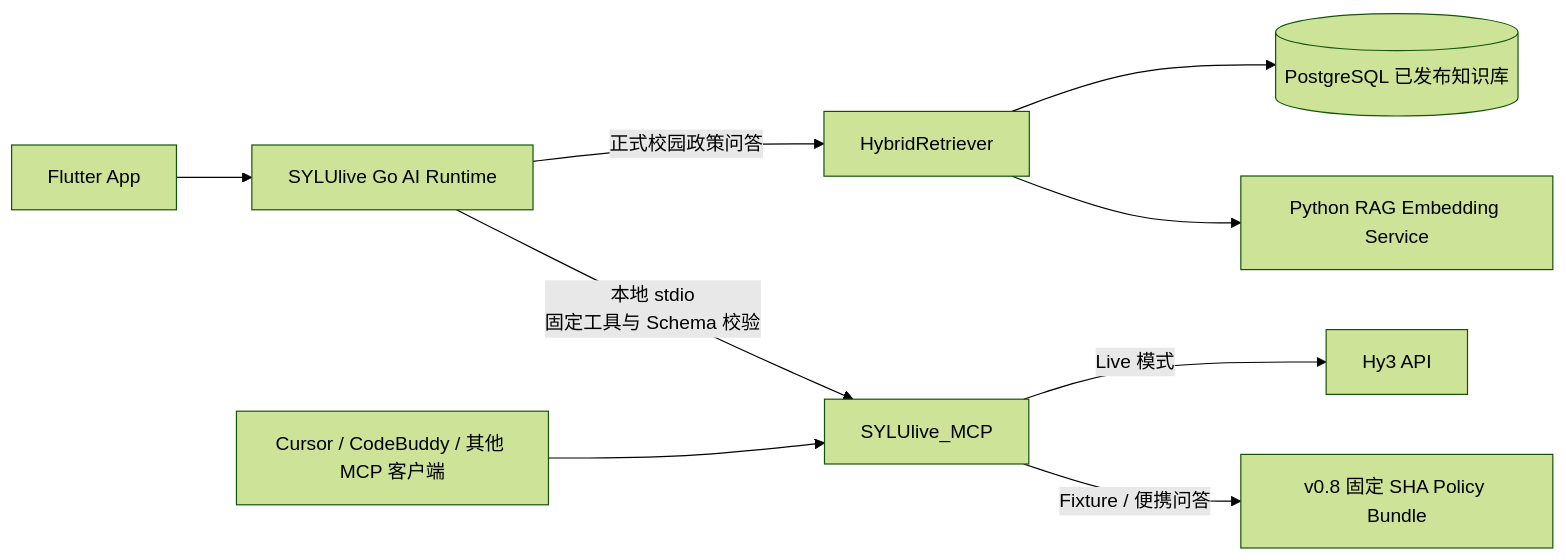
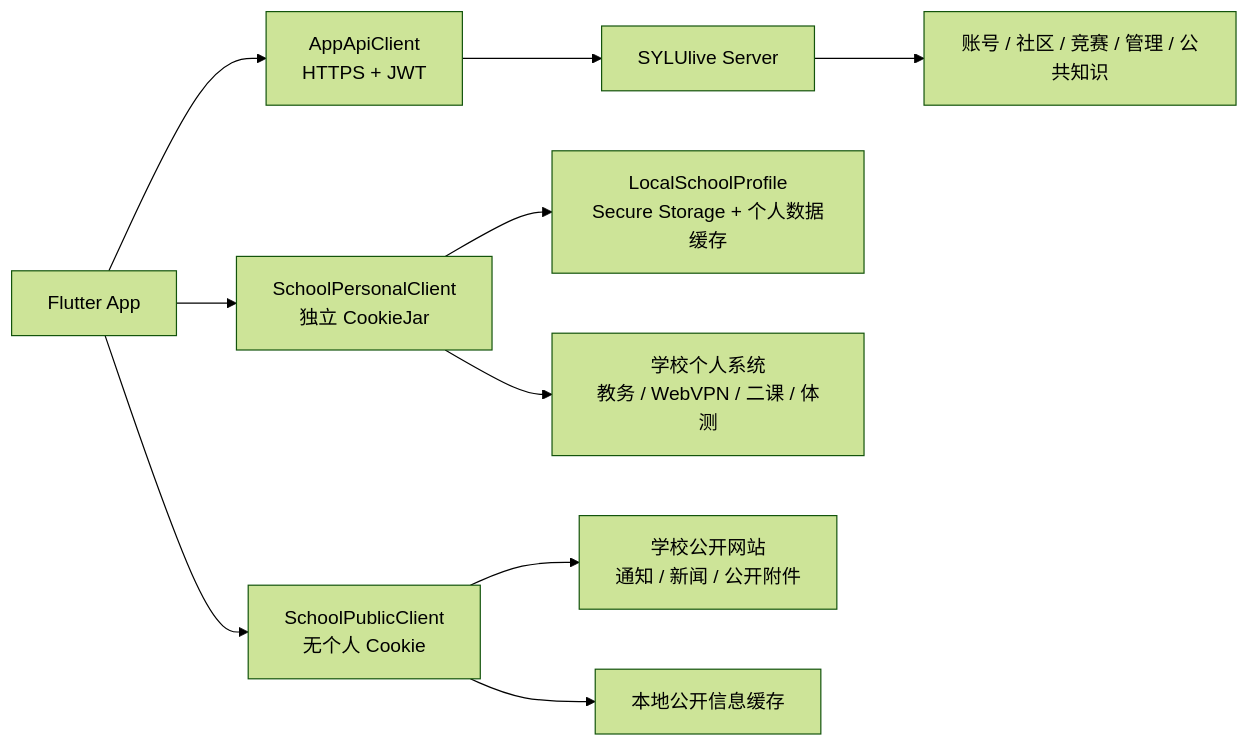
Before and after one commit to zhouwu97/SYLUlive: the diagram in README.md, drawn with Mermaid (forest theme). The commit also changed other lines of this file, not shown here.

````diff
--- a/README.md
+++ b/README.md
@@ -92,14 +121,20 @@
 ```mermaid
 flowchart LR
-    U[Flutter App] --> G[SYLUlive Go AI Runtime]
+    A[Flutter App]
+    S[SYLUlive Server]
+    AP[AppApiClient<br/>HTTPS + JWT]
+    P[SchoolPersonalClient<br/>独立 CookieJar]
+    U[SchoolPublicClient<br/>无个人 Cookie]
+    V[LocalSchoolProfile<br/>Secure Storage + 个人数据缓存]
+    PS[学校个人系统<br/>教务 / WebVPN / 二课 / 体测]
+    PB[学校公开网站<br/>通知 / 新闻 / 公开附件]
+    W[本地公开信息缓存]
+    K[账号 / 社区 / 竞赛 / 管理 / 公共知识]
 
-    G -->|正式校园政策问答| R[HybridRetriever]
-    R --> K[(PostgreSQL 已发布知识库)]
-    R --> E[Python RAG Embedding Service]
-
-    G -->|本地 stdio<br/>固定工具与 Schema 校验| M[SYLUlive_MCP]
-    M -->|Live 模式| H[Hy3 API]
-    M -->|Fixture / 便携问答| B[v0.8 固定 SHA Policy Bundle]
-
-    C[Cursor / CodeBuddy / 其他 MCP 客户端] --> M
+    A --> AP --> S
+    S --> K
+    A --> P --> V
+    P --> PS
+    A --> U --> PB
+    U --> W
 ```
````
